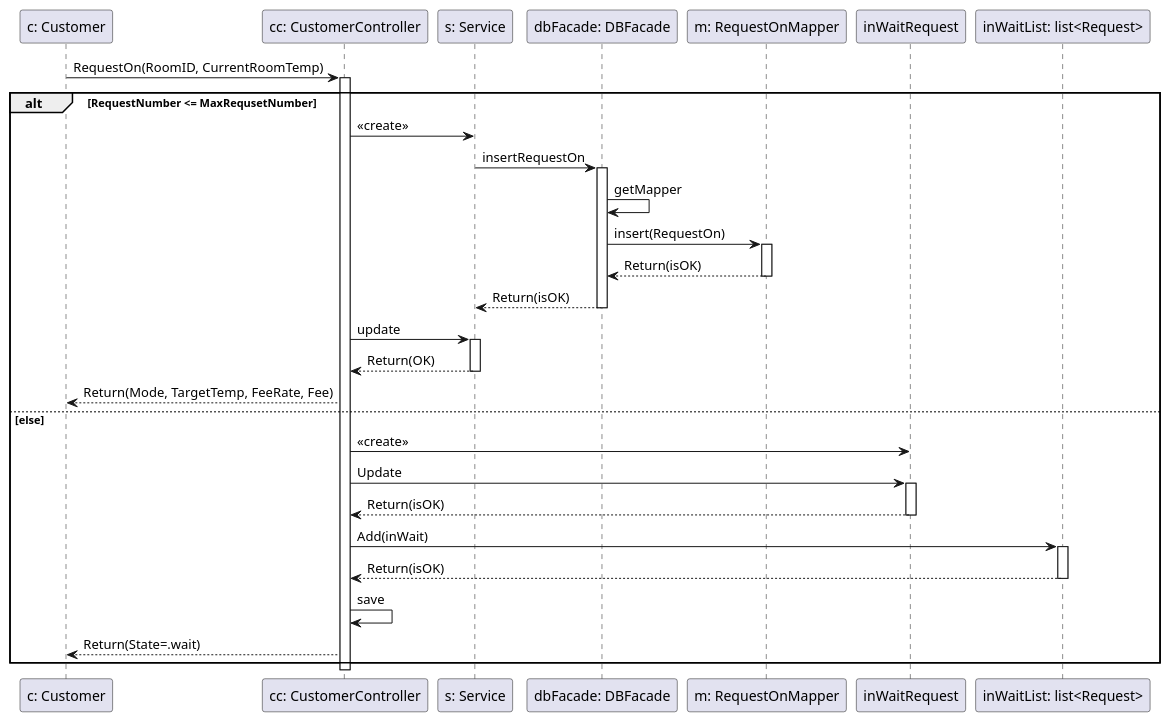
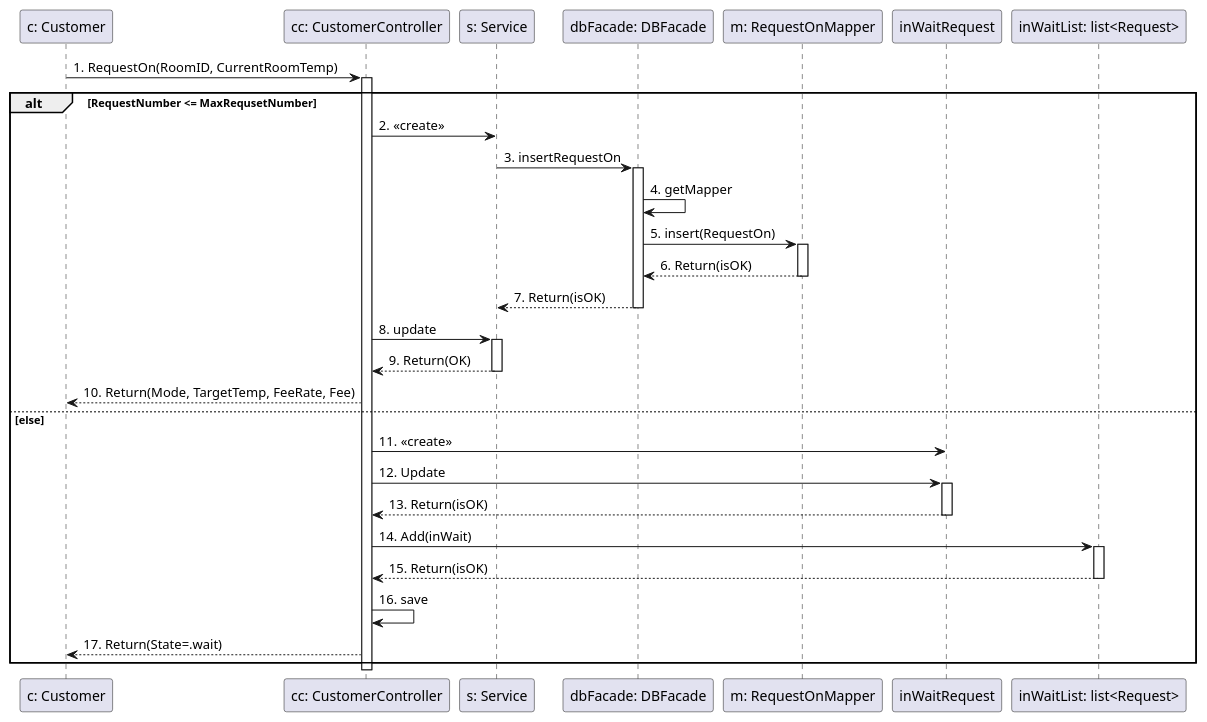
Before and after one commit to name1e5s/playground: the diagram in SE/puml/RequestOn.puml, drawn with PlantUML. The commit also changed 5 other files, not shown here.

```diff
--- a/SE/puml/RequestOn.puml
+++ b/SE/puml/RequestOn.puml
@@ -1,58 +1,58 @@
 @startuml RequestOn
 
 participant c as "c: Customer" order 1
 
 participant cc as "cc: CustomerController" order 2
 
 participant s as "s: Service" order 4
 
 participant db as "dbFacade: DBFacade" order 5
 
 participant m as "m: RequestOnMapper" order 6
 
 participant i as "inWaitRequest" order 7
 
 participant w as "inWaitList: list<Request>" order 8
 
-c -> cc: RequestOn(RoomID, CurrentRoomTemp)
+c -> cc: 1. RequestOn(RoomID, CurrentRoomTemp)
 
 activate cc
 
 alt RequestNumber <= MaxRequsetNumber
-cc -> s: <<create>>
-s -> db: insertRequestOn
+cc -> s: 2. <<create>>
+s -> db: 3. insertRequestOn
 activate db
-db -> db: getMapper
-db -> m: insert(RequestOn)
+db -> db: 4. getMapper
+db -> m: 5. insert(RequestOn)
 activate m
-db <-- m: Return(isOK)
+db <-- m: 6. Return(isOK)
 deactivate m
-s <-- db: Return(isOK)
+s <-- db: 7. Return(isOK)
 deactivate db
 
-cc -> s: update
+cc -> s: 8. update
 activate s
-cc <-- s: Return(OK)
+cc <-- s: 9. Return(OK)
 deactivate s
-c <-- cc: Return(Mode, TargetTemp, FeeRate, Fee)
+c <-- cc: 10. Return(Mode, TargetTemp, FeeRate, Fee)
 
 else else
 
-cc -> i: <<create>>
-cc -> i: Update
+cc -> i: 11. <<create>>
+cc -> i: 12. Update
 activate i
-cc <-- i: Return(isOK)
+cc <-- i: 13. Return(isOK)
 deactivate i
-cc -> w: Add(inWait)
+cc -> w: 14. Add(inWait)
 activate w
-cc <-- w: Return(isOK)
+cc <-- w: 15. Return(isOK)
 deactivate w
 
-cc -> cc: save
-c <-- cc: Return(State=.wait)
+cc -> cc: 16. save
+c <-- cc: 17. Return(State=.wait)
 
 end
 
 deactivate cc
 
 @enduml
```
